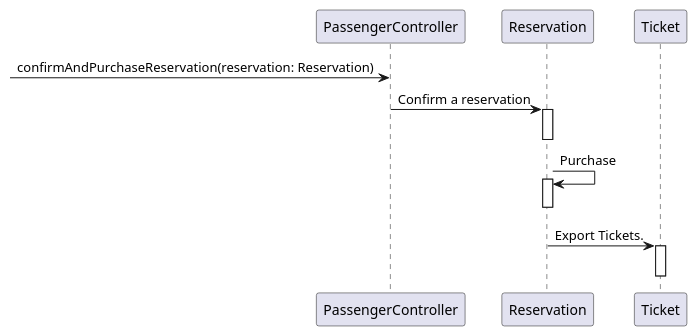
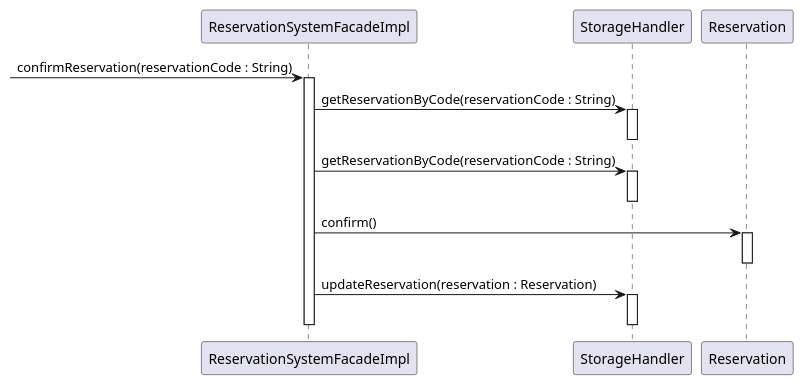
One commit to AlperenElbasan/FlightReservationSystem changed the diagram in Diagrams/Sequence/Passenger/8_confirm_purrchase_reservation.puml. Above: the diagram before and after it, drawn with PlantUML. The commit also changed 5 other files, not shown here.

Commit message:
update diagrams

```diff
--- a/Diagrams/Sequence/Passenger/8_confirm_purrchase_reservation.puml
+++ b/Diagrams/Sequence/Passenger/8_confirm_purrchase_reservation.puml
@@ -1,17 +1,24 @@
-@startuml
+@startuml cancel_reservation
 
-->PassengerController: confirmAndPurchaseReservation(reservation: Reservation)
+-> ReservationSystemFacadeImpl: confirmReservation(reservationCode : String) 
+activate ReservationSystemFacadeImpl
 
-PassengerController -> Reservation: Confirm a reservation
+ReservationSystemFacadeImpl -> StorageHandler : getReservationByCode(reservationCode : String)
+activate StorageHandler
+deactivate StorageHandler
+
+ReservationSystemFacadeImpl -> StorageHandler : getReservationByCode(reservationCode : String)
+activate StorageHandler
+deactivate StorageHandler
+
+ReservationSystemFacadeImpl -> Reservation : confirm()
 activate Reservation
 deactivate Reservation
 
-Reservation -> Reservation: Purchase
-activate Reservation
-deactivate Reservation
+ReservationSystemFacadeImpl -> StorageHandler : updateReservation(reservation : Reservation)
+activate StorageHandler
+deactivate StorageHandler
 
-Reservation -> Ticket: Export Tickets.
-activate Ticket
-deactivate Ticket
+deactivate ReservationSystemFacadeImpl
 
 @enduml
```
